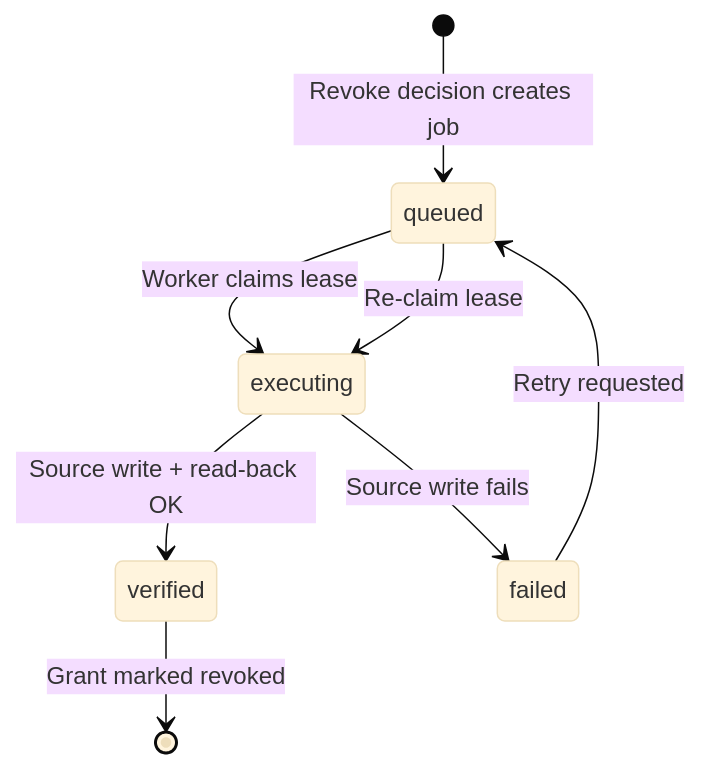
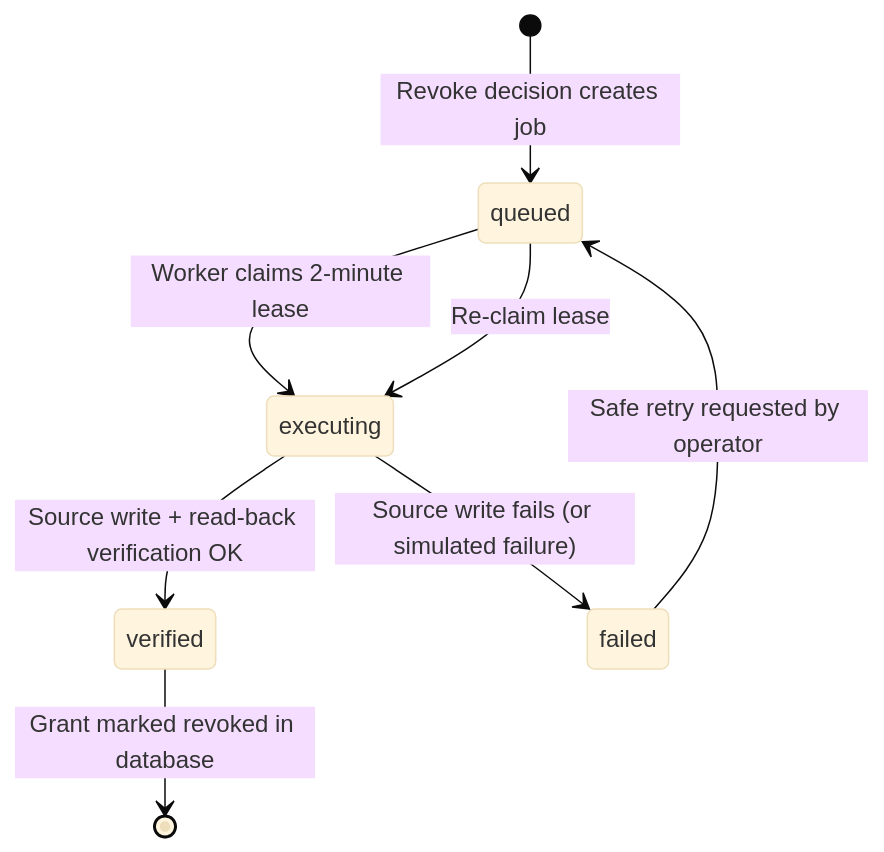
One commit to HashanHirantha/Access-Platform changed the third of 3 diagrams in .AI/ARCHITECTURE.md. Above: the diagram before and after it, drawn with Mermaid (base theme). The commit also changed other lines of this file and 28 other files, not shown here.

Commit message:
feat: add backend API, architecture, and project structure documentation with FastAPI and PostgreSQL schema

````diff
--- a/.AI/ARCHITECTURE.md
+++ b/.AI/ARCHITECTURE.md
@@ -69,13 +104,13 @@
 ```mermaid
 stateDiagram-v2
     [*] --> queued: Revoke decision creates job
 
-    queued --> executing: Worker claims lease
-    executing --> verified: Source write + read-back OK
-    executing --> failed: Source write fails
+    queued --> executing: Worker claims 2-minute lease
+    executing --> verified: Source write + read-back verification OK
+    executing --> failed: Source write fails (or simulated failure)
 
-    failed --> queued: Retry requested
+    failed --> queued: Safe retry requested by operator
     queued --> executing: Re-claim lease
 
-    verified --> [*]: Grant marked revoked
+    verified --> [*]: Grant marked revoked in database
 ```
````
